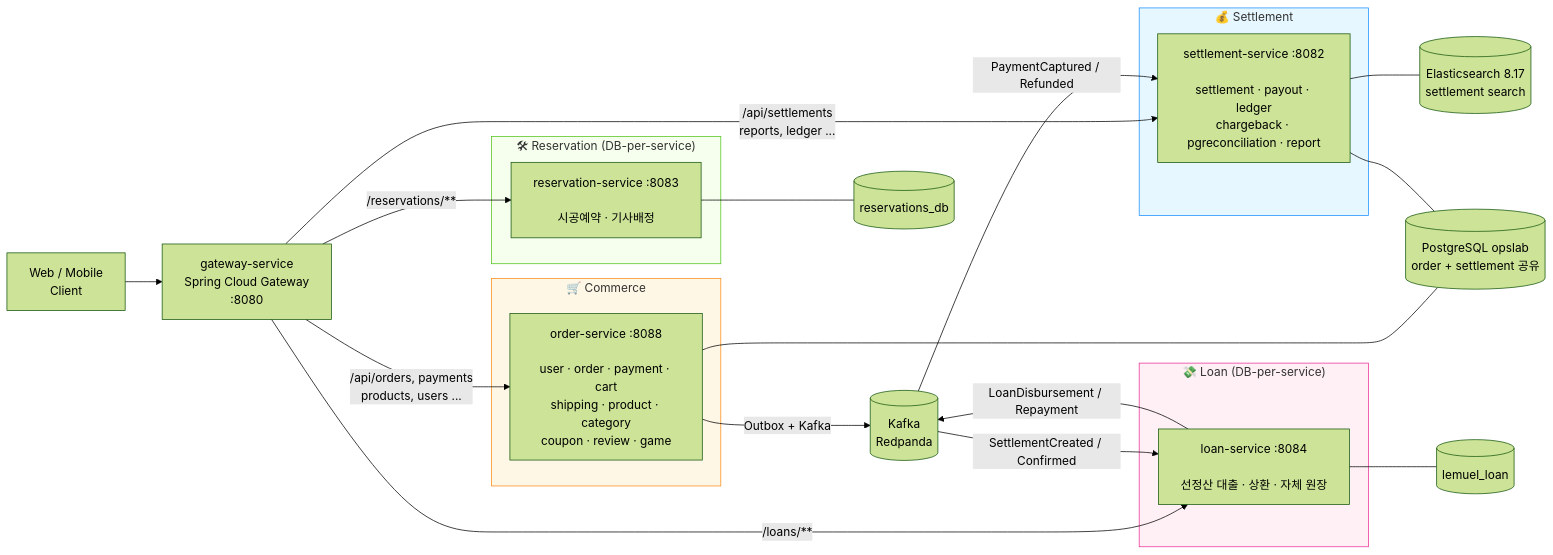
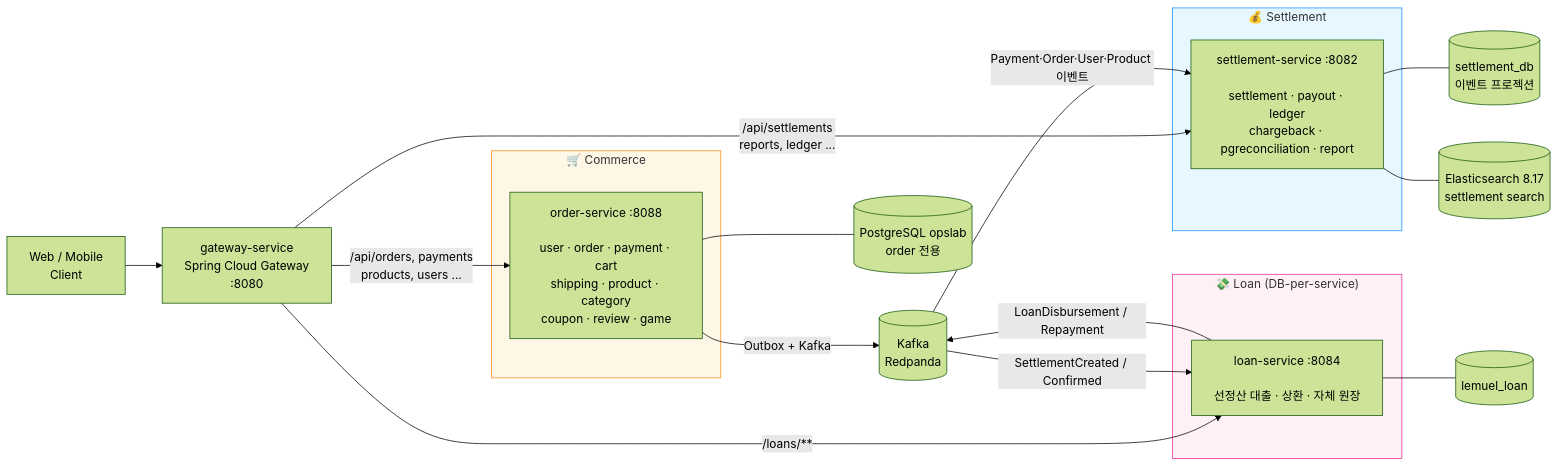
Before and after one commit to MyoungSoo7/settlement: the diagram in README.md, drawn with Mermaid (forest theme). The commit also changed other lines of this file and 339 other files, not shown here.

````diff
--- a/README.md
+++ b/README.md
@@ -33,39 +28,33 @@
 ```mermaid
 flowchart LR
     Client["Web / Mobile<br/>Client"] --> GW
     GW["gateway-service<br/>Spring Cloud Gateway<br/>:8080"]
 
     GW -->|/api/orders, payments<br/>products, users ...| OS
     GW -->|/api/settlements<br/>reports, ledger ...| SS
-    GW -->|/reservations/**| RS
     GW -->|/loans/**| LS
 
     subgraph commerce["🛒 Commerce"]
         OS["order-service :8088<br/><br/>user · order · payment · cart<br/>shipping · product · category<br/>coupon · review · game"]
     end
     subgraph settlement["💰 Settlement"]
         SS["settlement-service :8082<br/><br/>settlement · payout · ledger<br/>chargeback · pgreconciliation · report"]
     end
-    subgraph reservation["🛠 Reservation (DB-per-service)"]
-        RS["reservation-service :8083<br/><br/>시공예약 · 기사배정"]
-    end
     subgraph loan["💸 Loan (DB-per-service)"]
         LS["loan-service :8084<br/><br/>선정산 대출 · 상환 · 자체 원장"]
     end
 
     OS -->|Outbox + Kafka| K[(Kafka<br/>Redpanda)]
-    K -->|PaymentCaptured / Refunded| SS
+    K -->|Payment·Order·User·Product 이벤트| SS
     K -->|SettlementCreated / Confirmed| LS
     LS -->|LoanDisbursement / Repayment| K
 
-    OS --- PG[(PostgreSQL opslab<br/>order + settlement 공유)]
-    SS --- PG
-    RS --- RDB[(reservations_db)]
+    OS --- PG[(PostgreSQL opslab<br/>order 전용)]
+    SS --- SDB[(settlement_db<br/>이벤트 프로젝션)]
     LS --- LDB[(lemuel_loan)]
     SS --- ES[(Elasticsearch 8.17<br/>settlement search)]
 
     style commerce fill:#fff7e6,stroke:#fa8c16
     style settlement fill:#e6f7ff,stroke:#1890ff
-    style reservation fill:#f6ffed,stroke:#52c41a
     style loan fill:#fff0f6,stroke:#eb2f96
 ```
````
